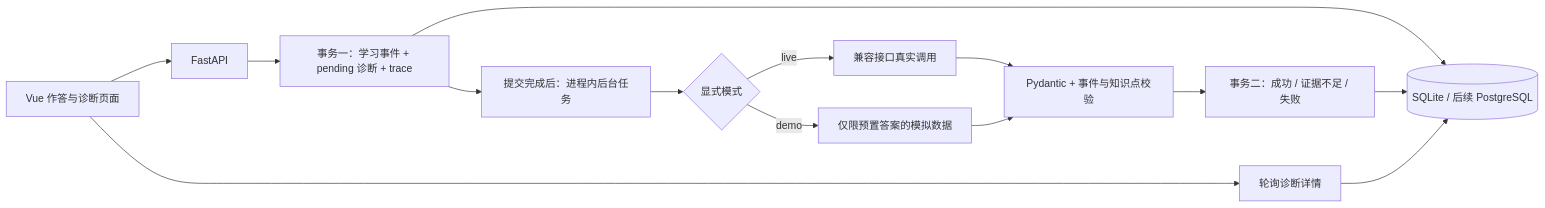
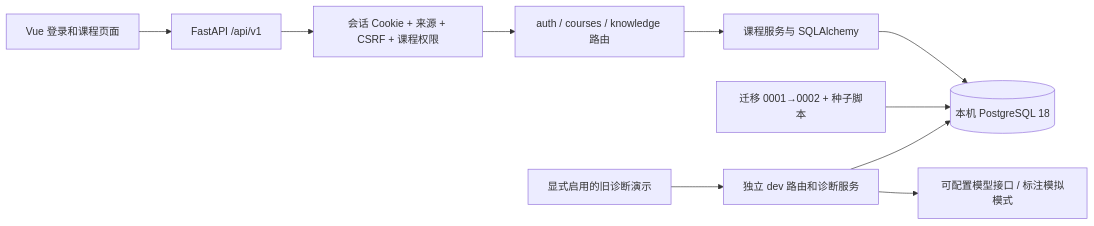
The diagram in docs/architecture.md (sickQC/segongcheng), drawn with Mermaid before and after one commit. The commit also changed other lines of this file and 66 other files, not shown here.

````diff
--- a/docs/architecture.md
+++ b/docs/architecture.md
@@ -3,16 +7,12 @@
 ```mermaid
 flowchart LR
-  UI[Vue 作答与诊断页面] --> API[FastAPI]
-  API --> TX[事务一：学习事件 + pending 诊断 + trace]
-  TX --> DB[(SQLite / 后续 PostgreSQL)]
-  TX --> BG[提交完成后：进程内后台任务]
-  BG --> MODE{显式模式}
-  MODE -->|live| LLM[兼容接口真实调用]
-  MODE -->|demo| FIX[仅限预置答案的模拟数据]
-  LLM --> CHECK[Pydantic + 事件与知识点校验]
-  FIX --> CHECK
-  CHECK --> RESULT[事务二：成功 / 证据不足 / 失败]
-  RESULT --> DB
-  UI --> QUERY[轮询诊断详情]
-  QUERY --> DB
+  Browser[Vue 登录和课程页面] --> API[FastAPI /api/v1]
+  API --> Guard[会话 Cookie + 来源 + CSRF + 课程权限]
+  Guard --> Routes[auth / courses / knowledge 路由]
+  Routes --> Service[课程服务与 SQLAlchemy]
+  Service --> PG[(本机 PostgreSQL 18)]
+  Seed[迁移 0001→0002 + 种子脚本] --> PG
+  Demo[显式启用的旧诊断演示] --> Old[独立 dev 路由和诊断服务]
+  Old --> PG
+  Old --> Model[可配置模型接口 / 标注模拟模式]
 ```
````
